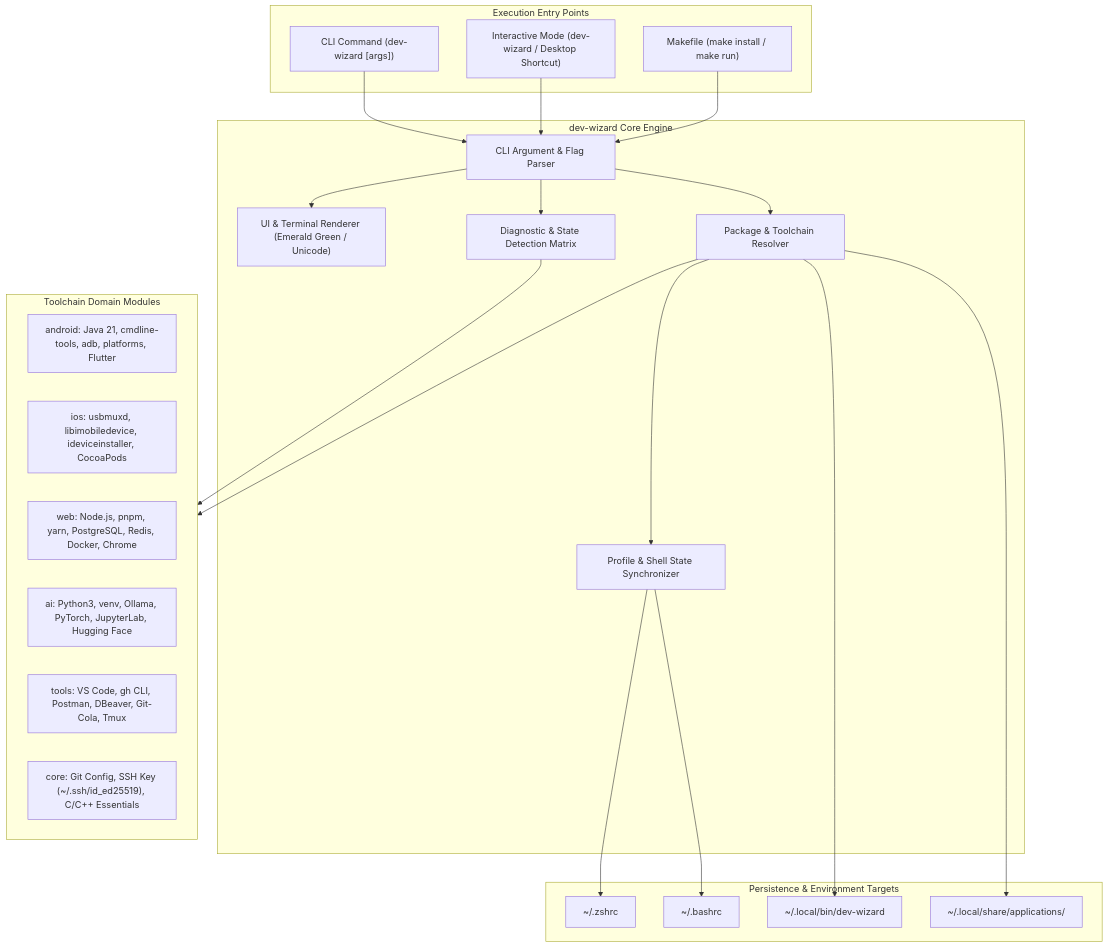
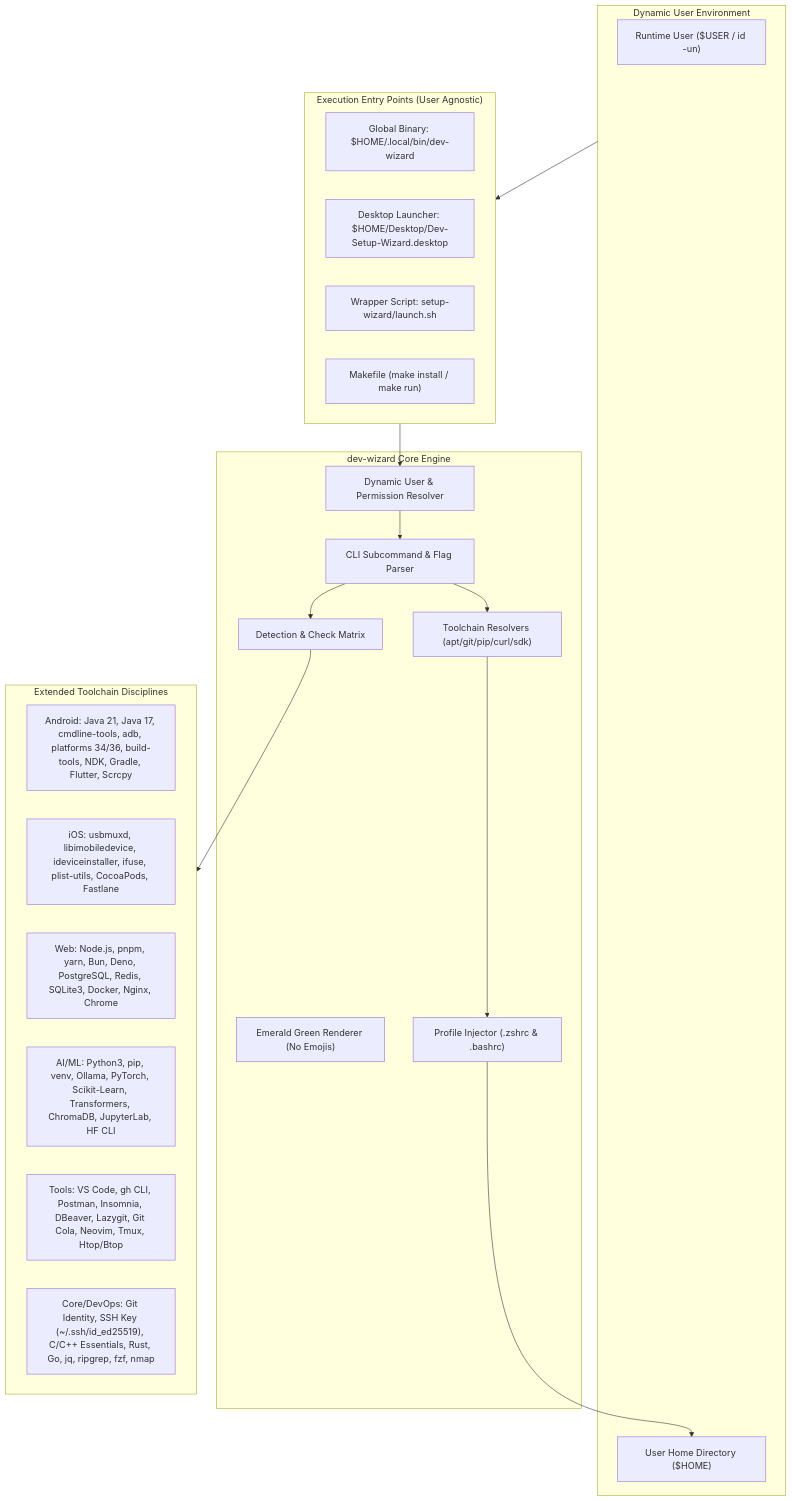
Before and after one commit to Mwenda-Boniface/Development-Setup-Wizard: the diagram in implementation.md, drawn with Mermaid. The commit also changed other lines of this file and 3 other files, not shown here.

Commit message:
Expand toolchains across all disciplines and implement dynamic user resolution for desktop launcher

````diff
--- a/implementation.md
+++ b/implementation.md
@@ -16,49 +18,41 @@
 ```mermaid
 graph TD
-    subgraph Execution_Entry["Execution Entry Points"]
-        CLI["CLI Command (dev-wizard [args])"]
-        TUI["Interactive Mode (dev-wizard / Desktop Shortcut)"]
+    subgraph User_Environment["Dynamic User Environment"]
+        Current_User["Runtime User ($USER / id -un)"]
+        User_Home["User Home Directory ($HOME)"]
+    end
+
+    subgraph Entry_Points["Execution Entry Points (User Agnostic)"]
+        CLI["Global Binary: $HOME/.local/bin/dev-wizard"]
+        DESKTOP["Desktop Launcher: $HOME/Desktop/Dev-Setup-Wizard.desktop"]
+        LAUNCHER["Wrapper Script: setup-wizard/launch.sh"]
         MAKE["Makefile (make install / make run)"]
     end
 
-    subgraph Core_Engine["dev-wizard Core Engine"]
-        ArgParser["CLI Argument & Flag Parser"]
-        UITheme["UI & Terminal Renderer (Emerald Green / Unicode)"]
-        Scanner["Diagnostic & State Detection Matrix"]
-        Installer["Package & Toolchain Resolver"]
-        EnvSync["Profile & Shell State Synchronizer"]
+    subgraph Engine_Core["dev-wizard Core Engine"]
+        UserResolver["Dynamic User & Permission Resolver"]
+        ArgParser["CLI Subcommand & Flag Parser"]
+        UITheme["Emerald Green Renderer (No Emojis)"]
+        StateMatrix["Detection & Check Matrix"]
+        ResolverEngine["Toolchain Resolvers (apt/git/pip/curl/sdk)"]
+        EnvSync["Profile Injector (.zshrc & .bashrc)"]
     end
 
-    subgraph Domain_Categories["Toolchain Domain Modules"]
-        M_Android["android: Java 21, cmdline-tools, adb, platforms, Flutter"]
-        M_iOS["ios: usbmuxd, libimobiledevice, ideviceinstaller, CocoaPods"]
-        M_Web["web: Node.js, pnpm, yarn, PostgreSQL, Redis, Docker, Chrome"]
-        M_AI["ai: Python3, venv, Ollama, PyTorch, JupyterLab, Hugging Face"]
-        M_Tools["tools: VS Code, gh CLI, Postman, DBeaver, Git-Cola, Tmux"]
-        M_Core["core: Git Config, SSH Key (~/.ssh/id_ed25519), C/C++ Essentials"]
+    subgraph Disciplines["Extended Toolchain Disciplines"]
+        D_Android["Android: Java 21, Java 17, cmdline-tools, adb, platforms 34/36, build-tools, NDK, Gradle, Flutter, Scrcpy"]
+        D_iOS["iOS: usbmuxd, libimobiledevice, ideviceinstaller, ifuse, plist-utils, CocoaPods, Fastlane"]
+        D_Web["Web: Node.js, pnpm, yarn, Bun, Deno, PostgreSQL, Redis, SQLite3, Docker, Nginx, Chrome"]
+        D_AI["AI/ML: Python3, pip, venv, Ollama, PyTorch, Scikit-Learn, Transformers, ChromaDB, JupyterLab, HF CLI"]
+        D_Tools["Tools: VS Code, gh CLI, Postman, Insomnia, DBeaver, Lazygit, Git Cola, Neovim, Tmux, Htop/Btop"]
+        D_Core["Core/DevOps: Git Identity, SSH Key (~/.ssh/id_ed25519), C/C++ Essentials, Rust, Go, jq, ripgrep, fzf, nmap"]
     end
 
-    subgraph Persistence["Persistence & Environment Targets"]
-        ZSH["~/.zshrc"]
-        BASH["~/.bashrc"]
-        BIN["~/.local/bin/dev-wizard"]
-        DESKTOP["~/.local/share/applications/"]
-    end
-
-    CLI --> ArgParser
-    TUI --> ArgParser
-    MAKE --> ArgParser
-
-    ArgParser --> Scanner
-    ArgParser --> Installer
-    ArgParser --> UITheme
-
-    Scanner --> Domain_Categories
-    Installer --> Domain_Categories
-
-    Installer --> EnvSync
-    EnvSync --> ZSH
-    EnvSync --> BASH
-    Installer --> BIN
-    Installer --> DESKTOP
+    User_Environment --> Entry_Points
+    Entry_Points --> UserResolver
+    UserResolver --> ArgParser
+    ArgParser --> StateMatrix
+    StateMatrix --> Disciplines
+    ArgParser --> ResolverEngine
+    ResolverEngine --> EnvSync
+    EnvSync --> User_Home
 ```
````
